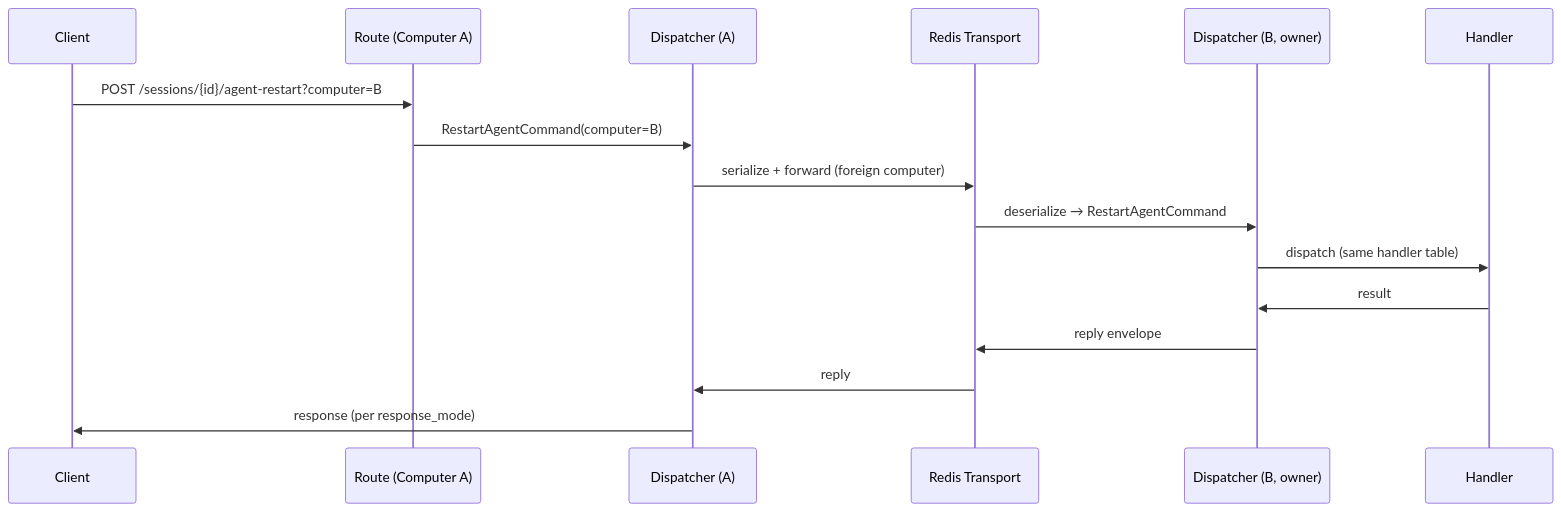
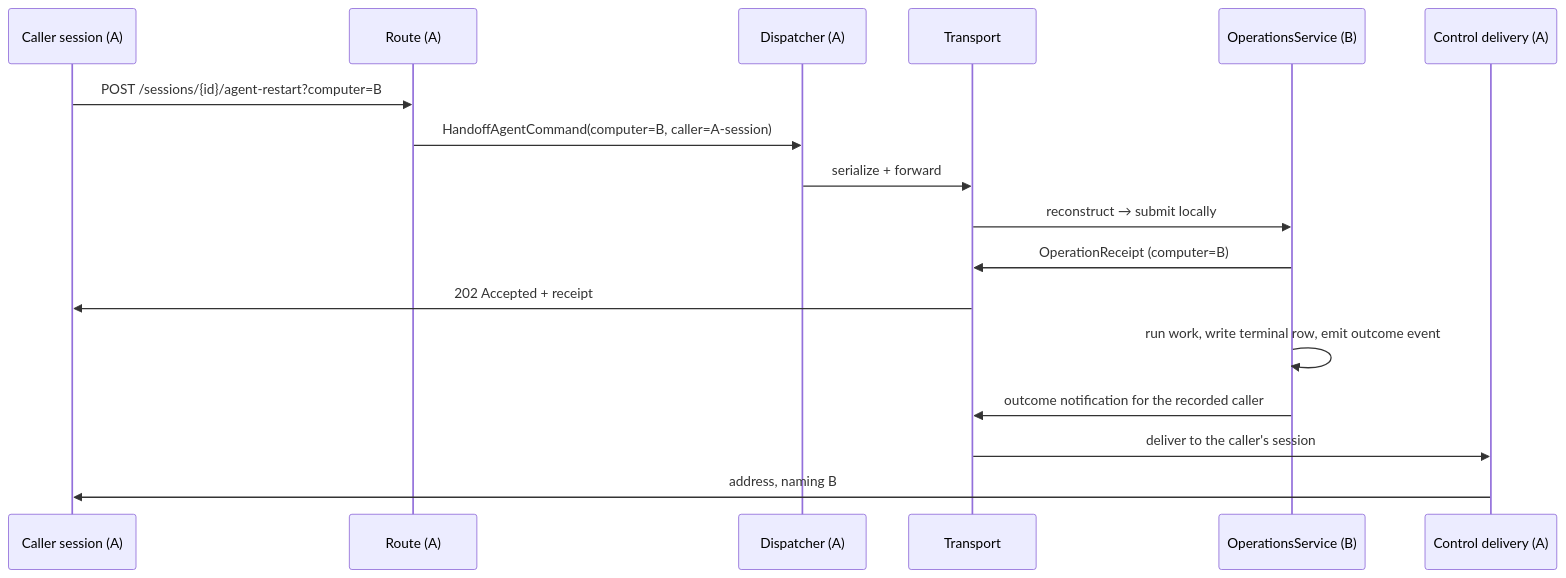
The fourth of 4 diagrams in docs/project/design/architecture/command-classification.md (InstruktAI/TeleClaude), drawn with Mermaid before and after one commit. The commit also changed other lines of this file and 9 other files, not shown here.

Commit message:
chore(docs): reconcile lifecycle markers for no-async-work-without-a-receipt

````diff
--- a/docs/project/design/architecture/command-classification.md
+++ b/docs/project/design/architecture/command-classification.md
@@ -232,19 +220,20 @@
 ```mermaid
 sequenceDiagram
-    participant Client
-    participant RouteA as Route (Computer A)
+    participant Caller as Caller session (A)
+    participant RouteA as Route (A)
     participant DispatchA as Dispatcher (A)
-    participant Transport as Redis Transport
-    participant DispatchB as Dispatcher (B, owner)
-    participant Handler
+    participant Transport
+    participant OpsB as OperationsService (B)
+    participant DeliveryA as Control delivery (A)
 
-    Client->>RouteA: POST /sessions/{id}/agent-restart?computer=B
-    RouteA->>DispatchA: RestartAgentCommand(computer=B)
-    DispatchA->>Transport: serialize + forward (foreign computer)
-    Transport->>DispatchB: deserialize → RestartAgentCommand
-    DispatchB->>Handler: dispatch (same handler table)
-    Handler->>DispatchB: result
-    DispatchB->>Transport: reply envelope
-    Transport->>DispatchA: reply
-    DispatchA->>Client: response (per response_mode)
+    Caller->>RouteA: POST /sessions/{id}/agent-restart?computer=B
+    RouteA->>DispatchA: HandoffAgentCommand(computer=B, caller=A-session)
+    DispatchA->>Transport: serialize + forward
+    Transport->>OpsB: reconstruct → submit locally
+    OpsB->>Transport: OperationReceipt (computer=B)
+    Transport->>Caller: 202 Accepted + receipt
+    OpsB->>OpsB: run work, write terminal row, emit outcome event
+    OpsB->>Transport: outcome notification for the recorded caller
+    Transport->>DeliveryA: deliver to the caller's session
+    DeliveryA->>Caller: address, naming B
 ```
````
